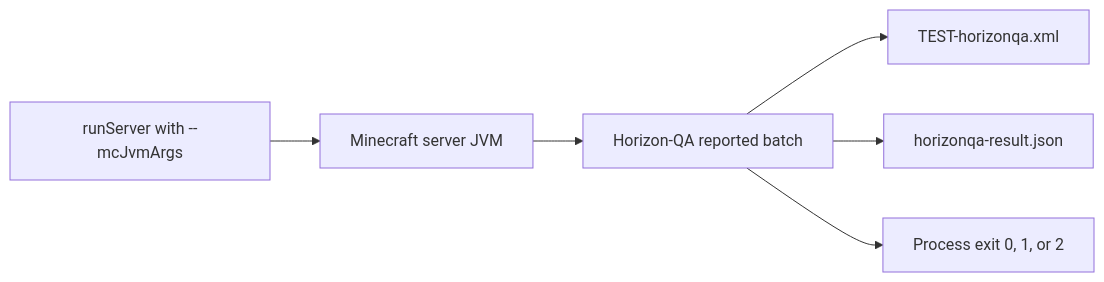
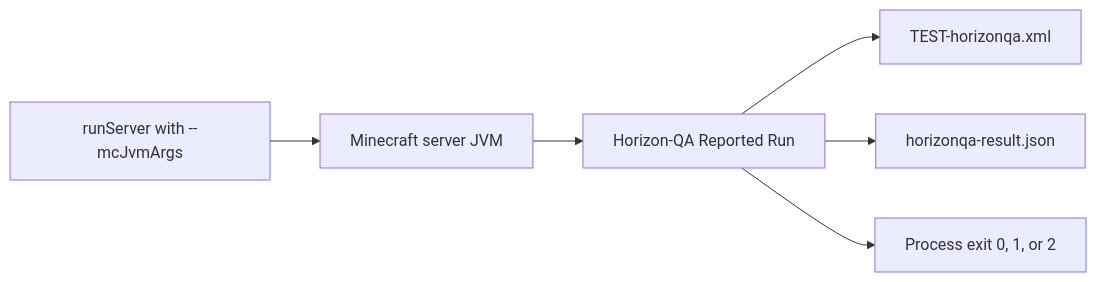
One commit to GTNewHorizons/Game-Test changed the diagram in docs/guide/ci.md. Above: the diagram before and after it, drawn with Mermaid. The commit also changed other lines of this file and 25 other files, not shown here.

Commit message:
Refactor reported runs around a single lifecycle owner (#252)

````diff
--- a/docs/guide/ci.md
+++ b/docs/guide/ci.md
@@ -18,10 +18,10 @@
 ```mermaid
 flowchart LR
     accTitle: CI process boundary and outputs
-    accDescr: The runServer command forwards Minecraft JVM arguments to the server, which runs a reported batch and produces three outputs.
+    accDescr: The runServer command forwards Minecraft JVM arguments to the server, which runs a Reported Run and produces three outputs.
     Gradle["runServer with --mcJvmArgs"] --> JVM["Minecraft server JVM"]
-    JVM --> Batch["Horizon-QA reported batch"]
+    JVM --> Batch["Horizon-QA Reported Run"]
     Batch --> XML["TEST-horizonqa.xml"]
     Batch --> JSON["horizonqa-result.json"]
     Batch --> Exit["Process exit 0, 1, or 2"]
 ```
````
